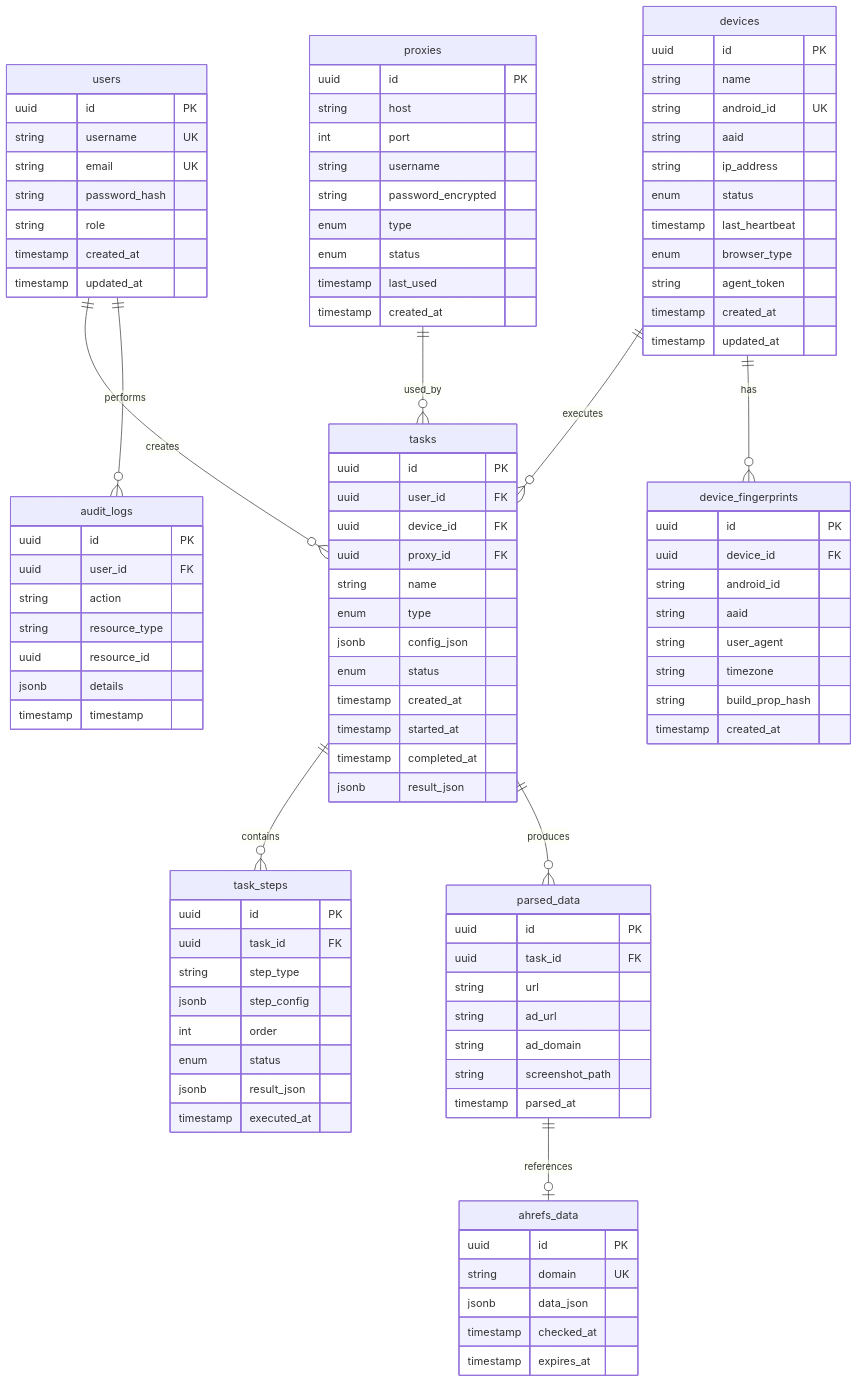
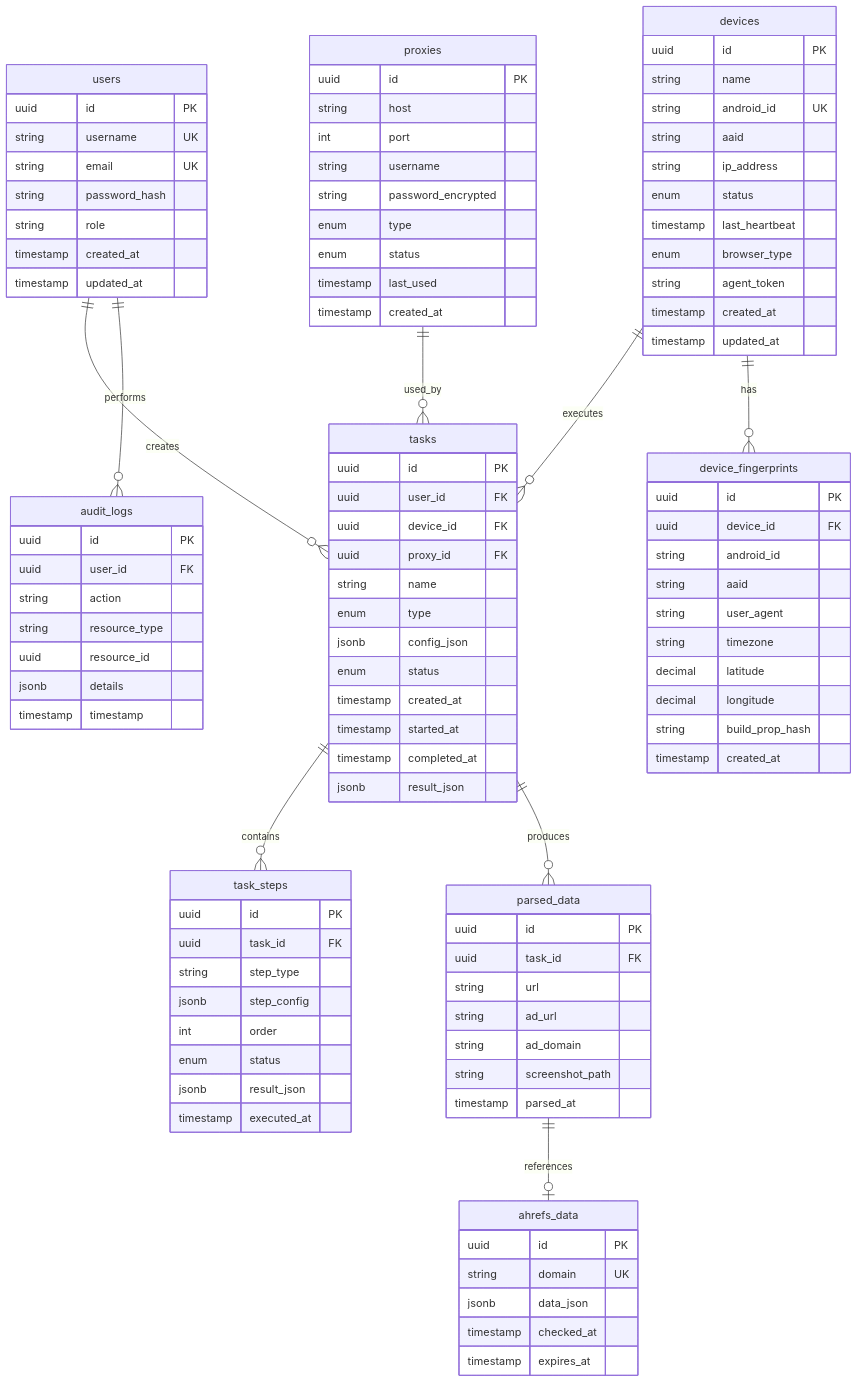
Before and after one commit to TaisyaFreelanse/andoid: the diagram in docs/erd.md, drawn with Mermaid. The commit also changed other lines of this file and 6 other files, not shown here.

```diff
--- a/docs/erd.md
+++ b/docs/erd.md
@@ -102,6 +102,8 @@
         string aaid
         string user_agent
         string timezone
+        decimal latitude
+        decimal longitude
         string build_prop_hash
         timestamp created_at
     }
```
